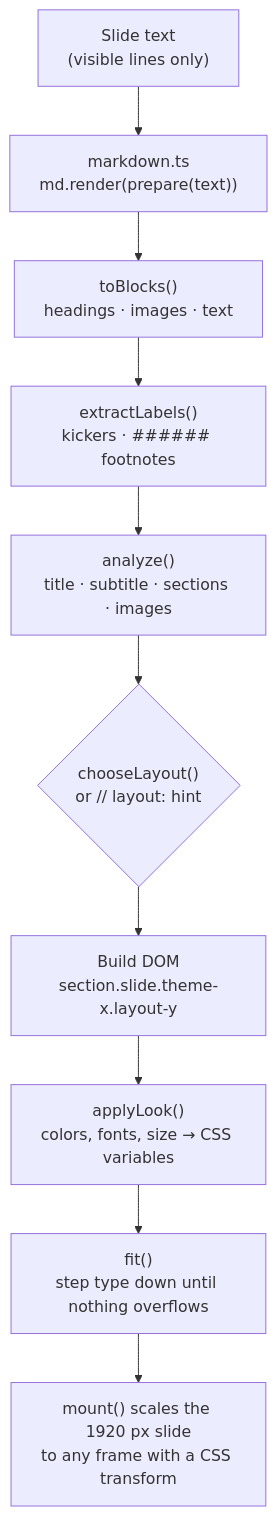
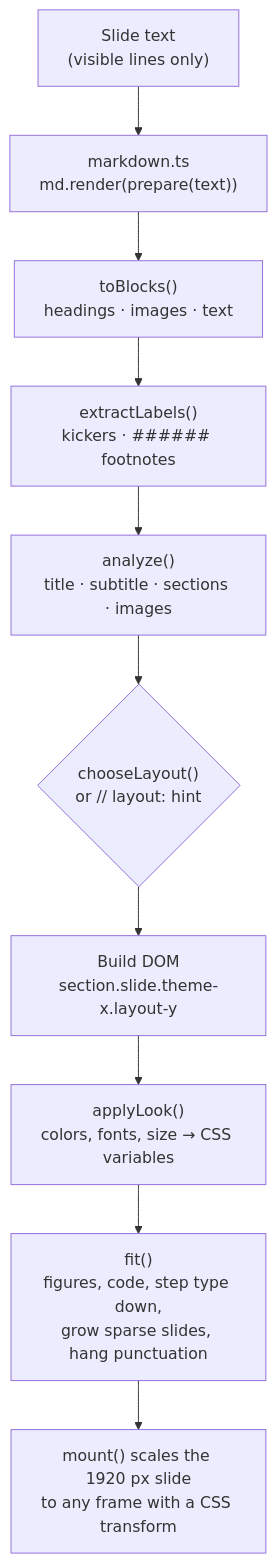
The third of 6 diagrams in docs/ARCHITECTURE.md (chriswillis/Cue), drawn with Mermaid before and after one commit. The commit also changed other lines of this file and 22 other files, not shown here.

````diff
--- a/docs/ARCHITECTURE.md
+++ b/docs/ARCHITECTURE.md
@@ -61,12 +61,12 @@
 ```mermaid
 flowchart TD
   A["Slide text<br/>(visible lines only)"] --> B["markdown.ts<br/>md.render(prepare(text))"]
   B --> C["toBlocks()<br/>headings · images · text"]
   C --> D["extractLabels()<br/>kickers · ###### footnotes"]
   D --> E["analyze()<br/>title · subtitle · sections · images"]
   E --> F{"chooseLayout()<br/>or // layout: hint"}
   F --> G["Build DOM<br/>section.slide.theme-x.layout-y"]
   G --> H["applyLook()<br/>colors, fonts, size → CSS variables"]
-  H --> I["fit()<br/>step type down until nothing overflows"]
+  H --> I["fit()<br/>figures, code, step type down,<br/>grow sparse slides, hang punctuation"]
   I --> J["mount() scales the 1920 px slide<br/>to any frame with a CSS transform"]
 ```
````
